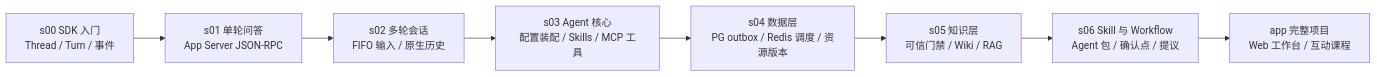
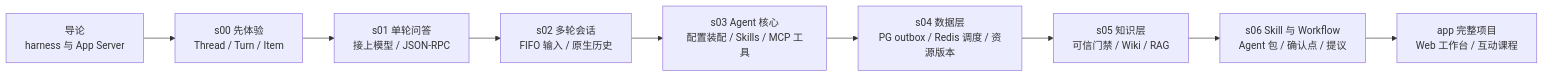
The diagram in README.md (pengcong2020520/learn-codex-harness), drawn with Mermaid before and after one commit. The commit also changed other lines of this file and 10 other files, not shown here.

````diff
--- a/README.md
+++ b/README.md
@@ -10,10 +11,11 @@
 ```mermaid
 flowchart LR
-  s00["s00 SDK 入门<br/>Thread / Turn / 事件"] --> s01["s01 单轮问答<br/>App Server JSON-RPC"]
+  intro["导论<br/>harness 与 App Server"] --> s00["s00 先体验<br/>Thread / Turn / Item"]
+  s00 --> s01["s01 单轮问答<br/>接上模型 / JSON-RPC"]
   s01 --> s02["s02 多轮会话<br/>FIFO 输入 / 原生历史"]
   s02 --> s03["s03 Agent 核心<br/>配置装配 / Skills / MCP 工具"]
   s03 --> s04["s04 数据层<br/>PG outbox / Redis 调度 / 资源版本"]
   s04 --> s05["s05 知识层<br/>可信门禁 / Wiki / RAG"]
   s05 --> s06["s06 Skill 与 Workflow<br/>Agent 包 / 确认点 / 提议"]
   s06 --> app["app 完整项目<br/>Web 工作台 / 互动课程"]
 ```
````
